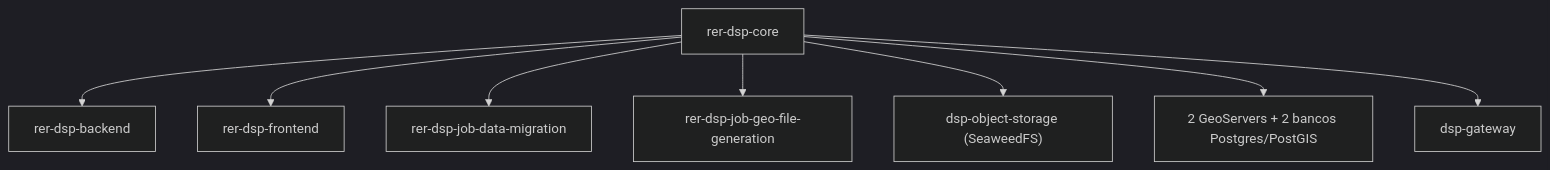
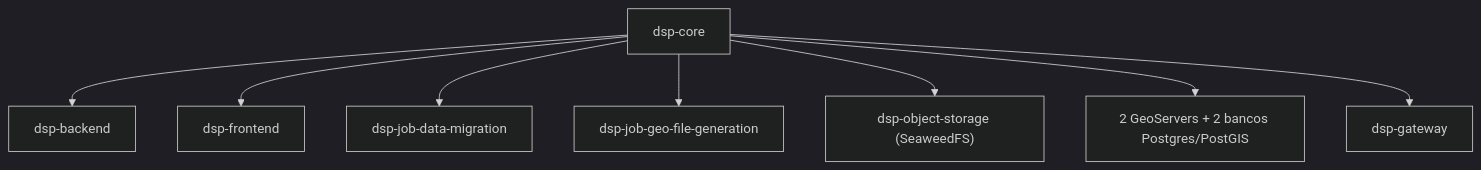
Before and after one commit to Rural-Environmental-Registry/dsp-docs: the first of 3 diagrams in docs/pt-br/modules/core.md, drawn with Mermaid (dark theme). The commit also changed other lines of this file and 31 other files, not shown here.

First line of the commit message:
docs: rename rer-dsp-* references to dsp-* after repo rename

````diff
--- a/docs/pt-br/modules/core.md
+++ b/docs/pt-br/modules/core.md
@@ -9,19 +9,19 @@
 ```mermaid
 flowchart TD
-  core["rer-dsp-core"]
-  be["rer-dsp-backend"]
-  fe["rer-dsp-frontend"]
-  job["rer-dsp-job-data-migration"]
-  geoFile["rer-dsp-job-geo-file-generation"]
+  core["dsp-core"]
+  be["dsp-backend"]
+  fe["dsp-frontend"]
+  job["dsp-job-data-migration"]
+  geoFile["dsp-job-geo-file-generation"]
   storage["dsp-object-storage (SeaweedFS)"]
   gs["2 GeoServers + 2 bancos Postgres/PostGIS"]
   gw["dsp-gateway"]
 
   core --> be
   core --> fe
   core --> job
   core --> geoFile
   core --> storage
   core --> gs
   core --> gw
 ```
````
